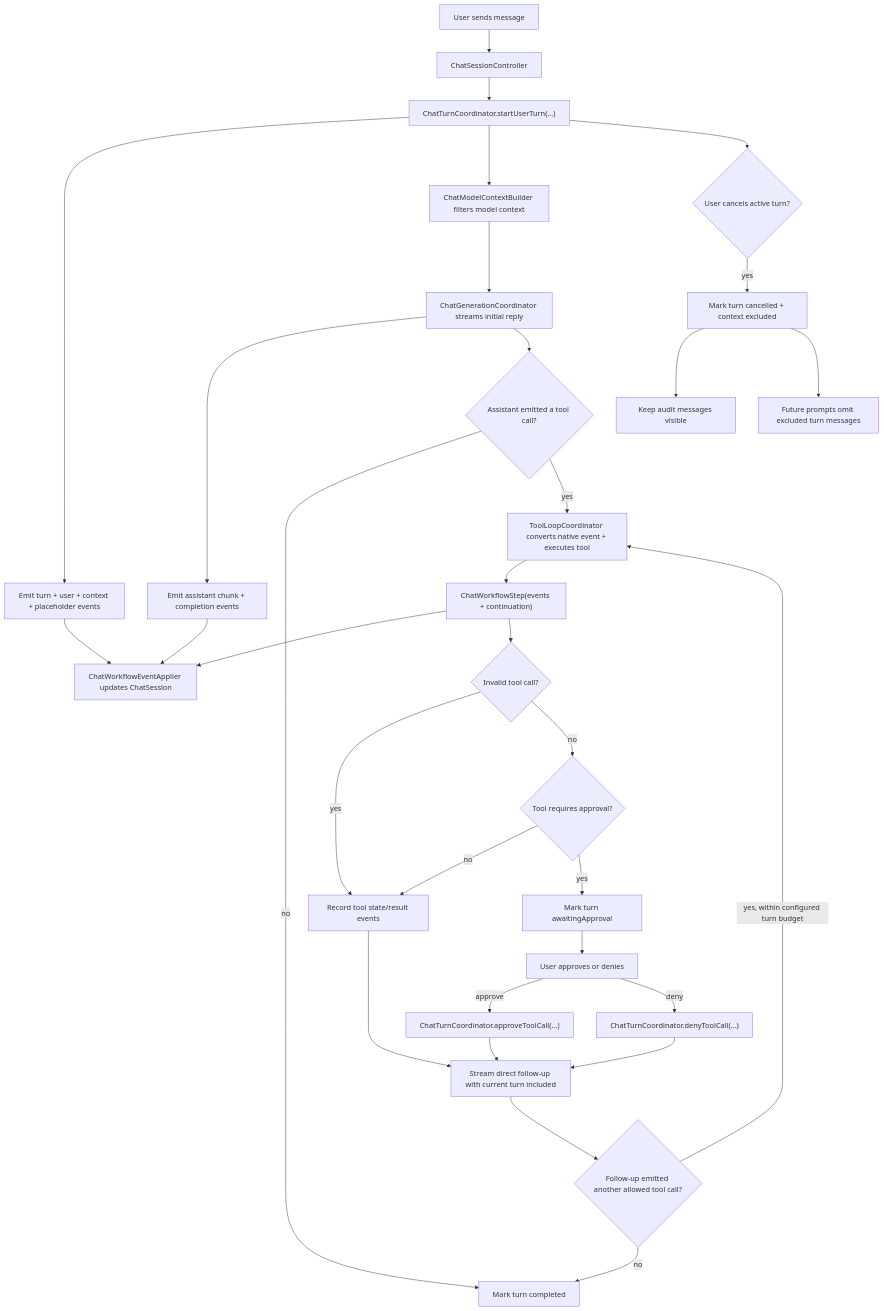
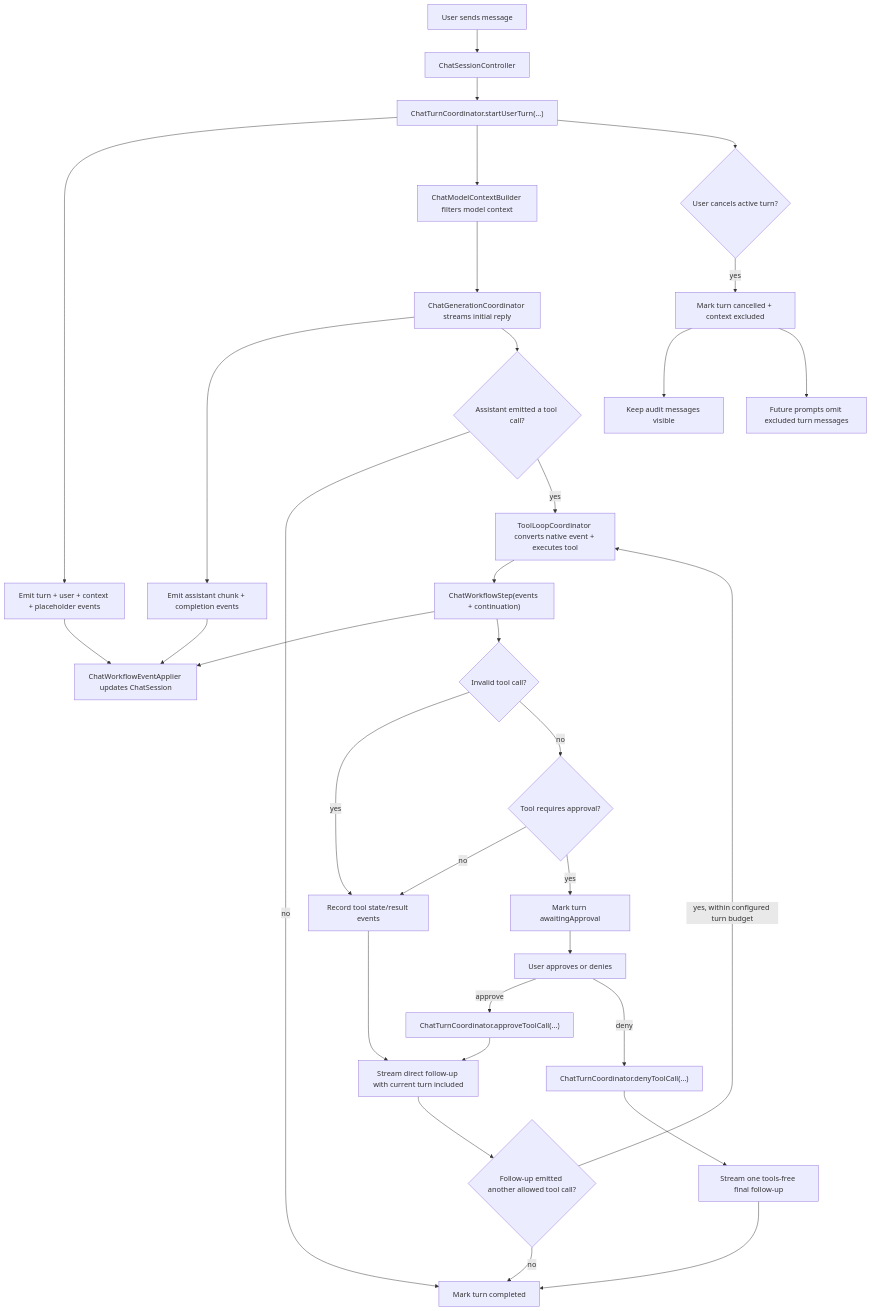
Before and after one commit to ngutech21/sumika-chat: the diagram in docs/chat-runtime.md, drawn with Mermaid. The commit also changed other lines of this file and 24 other files, not shown here.

````diff
--- a/docs/chat-runtime.md
+++ b/docs/chat-runtime.md
@@ -10,34 +10,35 @@
 ```mermaid
 flowchart TD
   A["User sends message"] --> B["ChatSessionController"]
   B --> C["ChatTurnCoordinator.startUserTurn(...)"]
   C --> D["Emit turn + user + context + placeholder events"]
   D --> E["ChatWorkflowEventApplier updates ChatSession"]
   C --> F["ChatModelContextBuilder filters model context"]
   F --> G["ChatGenerationCoordinator streams initial reply"]
   G --> Y["Emit assistant chunk + completion events"]
   Y --> E
   G --> H{"Assistant emitted a tool call?"}
   H -- "no" --> I["Mark turn completed"]
   H -- "yes" --> J["ToolLoopCoordinator converts native event + executes tool"]
   J --> W["ChatWorkflowStep(events + continuation)"]
   W --> E
   W --> V{"Invalid tool call?"}
   V -- "yes" --> L
   V -- "no" --> K{"Tool requires approval?"}
   K -- "no" --> L["Record tool state/result events"]
   L --> Q["Stream direct follow-up with current turn included"]
   Q --> U{"Follow-up emitted another allowed tool call?"}
   U -- "yes, within configured turn budget" --> J
   U -- "no" --> I
   K -- "yes" --> R["Mark turn awaitingApproval"]
   R --> S["User approves or denies"]
   S -- "approve" --> T["ChatTurnCoordinator.approveToolCall(...)"]
   T --> Q
   S -- "deny" --> Z["ChatTurnCoordinator.denyToolCall(...)"]
-  Z --> Q
+  Z --> ZF["Stream one tools-free final follow-up"]
+  ZF --> I
   C --> M{"User cancels active turn?"}
   M -- "yes" --> N["Mark turn cancelled + context excluded"]
   N --> O["Keep audit messages visible"]
   N --> P["Future prompts omit excluded turn messages"]
 ```
````
